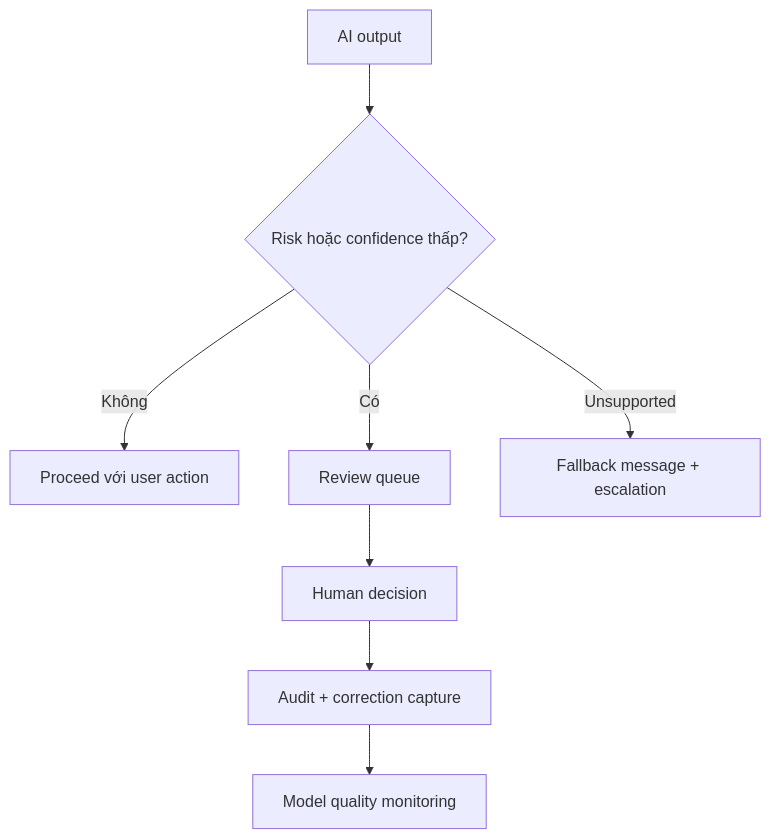
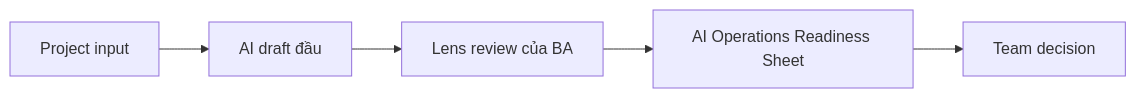
The first of 2 diagrams in docs/vi/lessons/human-in-the-loop-monitoring-and-fallback/index.md (anhtnt90dev/ai-for-ba), drawn with Mermaid before and after one commit. The commit also changed other lines of this file and 40 other files, not shown here.

````diff
--- a/docs/vi/lessons/human-in-the-loop-monitoring-and-fallback/index.md
+++ b/docs/vi/lessons/human-in-the-loop-monitoring-and-fallback/index.md
@@ -68,10 +84,12 @@
 ```mermaid
-flowchart TD
-    A["AI output"] --> B{"Risk hoặc confidence thấp?"}
-    B -->|Không| C["Proceed với user action"]
-    B -->|Có| D["Review queue"]
-    D --> E["Human decision"]
-    E --> F["Audit + correction capture"]
-    F --> G["Model quality monitoring"]
-    B -->|Unsupported| H["Fallback message + escalation"]
+flowchart LR
+    A["Project input"]
+    B["AI draft đầu"]
+    A --> B
+    C["Lens review của BA"]
+    B --> C
+    D["AI Operations Readiness Sheet"]
+    C --> D
+    E["Team decision"]
+    D --> E
 ```
````
